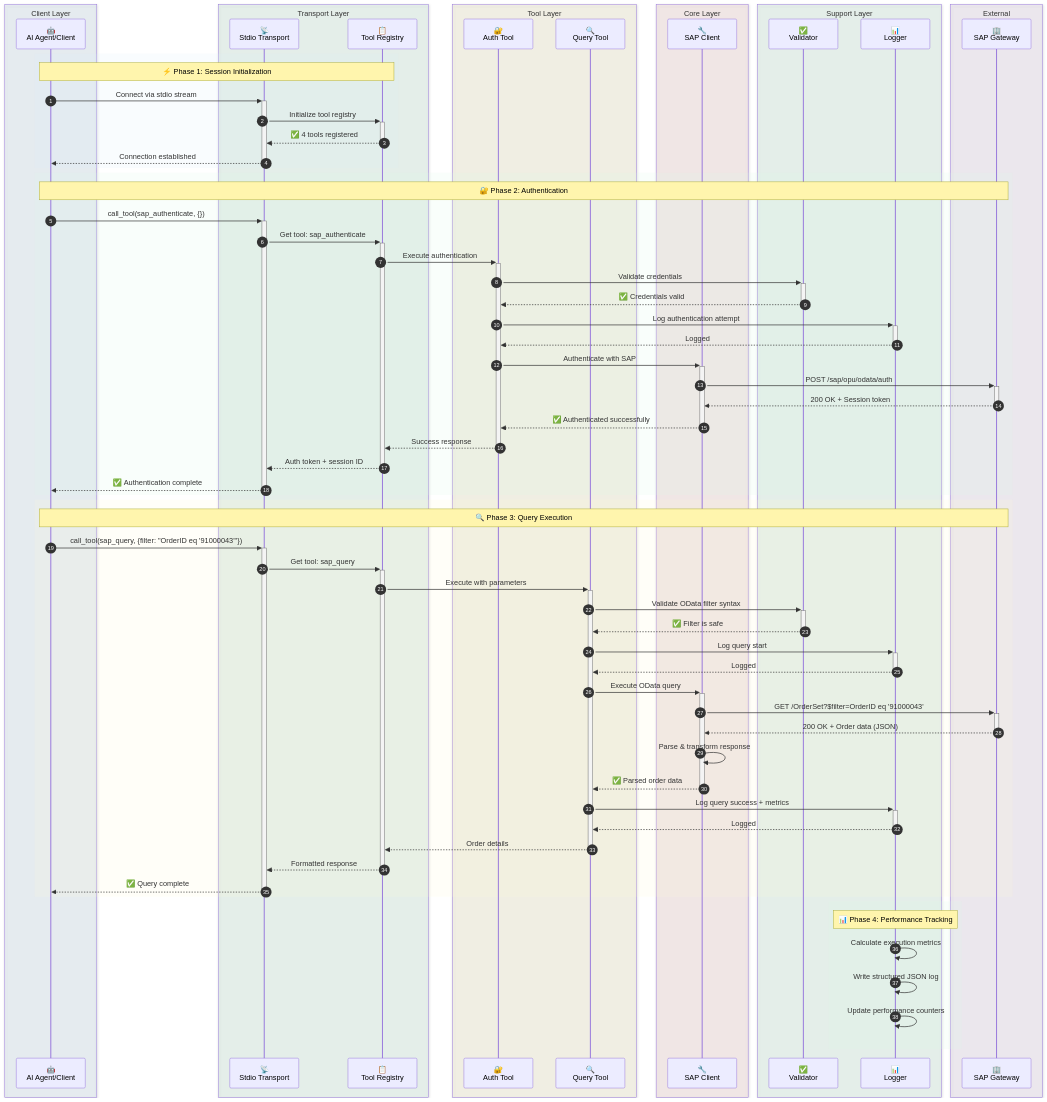
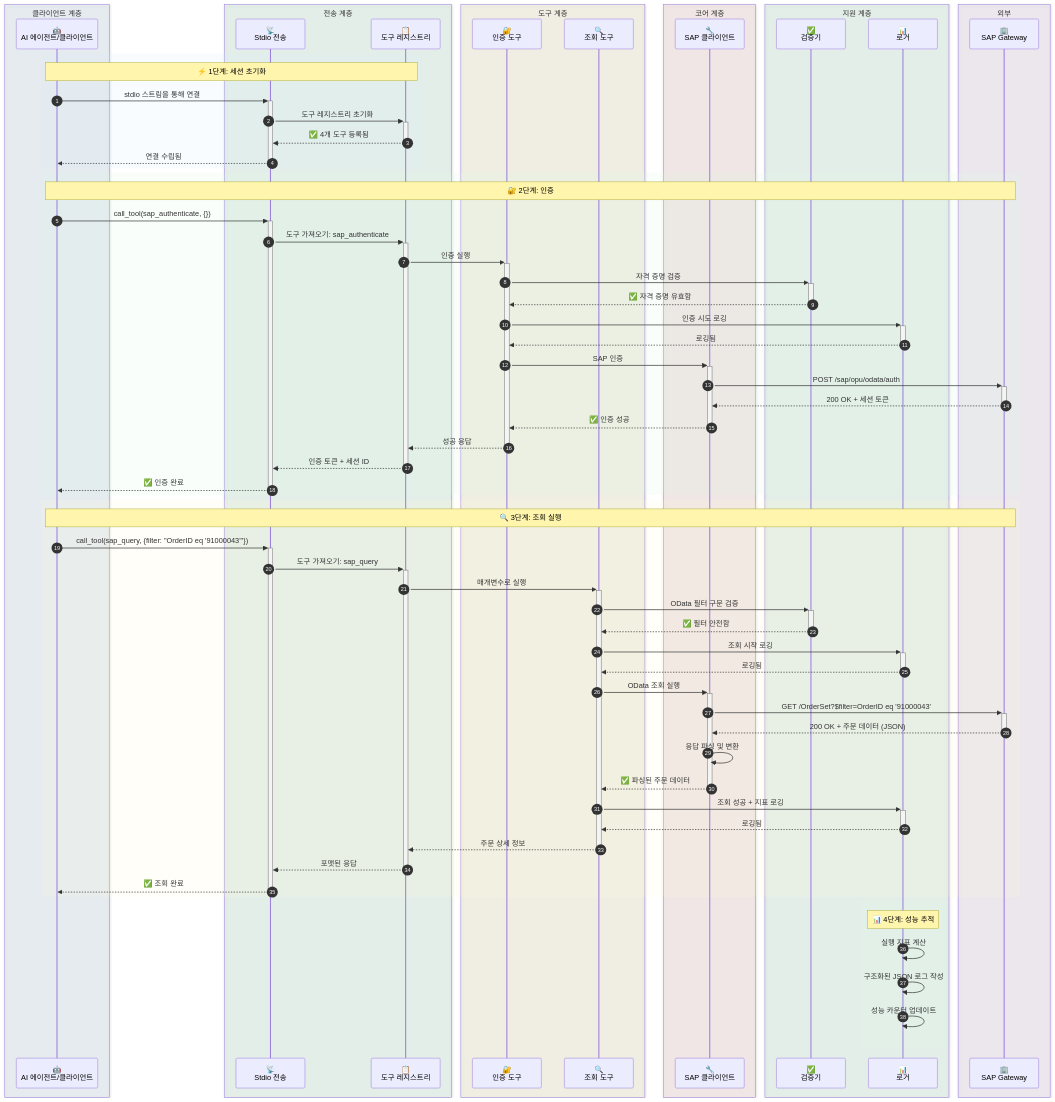
One commit to midasol/sap-mcp-server changed the third of 5 diagrams in README.ko.md. Above: the diagram before and after it, drawn with Mermaid. The commit also changed other lines of this file and 7 other files, not shown here.

````diff
--- a/README.ko.md
+++ b/README.ko.md
@@ -197,79 +276,79 @@
 ```mermaid
 sequenceDiagram
     autonumber
-    box rgba(214, 234, 248, 0.3) Client Layer
-        participant Client as 🤖<br/>AI Agent/Client
+    box rgba(214, 234, 248, 0.3) 클라이언트 계층
+        participant Client as 🤖<br/>AI 에이전트/클라이언트
     end
-    box rgba(213, 245, 227, 0.3) Transport Layer
-        participant Transport as 📡<br/>Stdio Transport
-        participant Registry as 📋<br/>Tool Registry
+    box rgba(213, 245, 227, 0.3) 전송 계층
+        participant Transport as 📡<br/>Stdio 전송
+        participant Registry as 📋<br/>도구 레지스트리
     end
-    box rgba(252, 243, 207, 0.3) Tool Layer
-        participant AuthTool as 🔐<br/>Auth Tool
-        participant QueryTool as 🔍<br/>Query Tool
+    box rgba(252, 243, 207, 0.3) 도구 계층
+        participant AuthTool as 🔐<br/>인증 도구
+        participant QueryTool as 🔍<br/>조회 도구
     end
-    box rgba(250, 219, 216, 0.3) Core Layer
-        participant SAPClient as 🔧<br/>SAP Client
+    box rgba(250, 219, 216, 0.3) 코어 계층
+        participant SAPClient as 🔧<br/>SAP 클라이언트
     end
-    box rgba(213, 245, 227, 0.3) Support Layer
-        participant Validator as ✅<br/>Validator
-        participant Logger as 📊<br/>Logger
+    box rgba(213, 245, 227, 0.3) 지원 계층
+        participant Validator as ✅<br/>검증기
+        participant Logger as 📊<br/>로거
     end
-    box rgba(235, 222, 240, 0.3) External
+    box rgba(235, 222, 240, 0.3) 외부
         participant SAP as 🏢<br/>SAP Gateway
     end
 
     rect rgba(214, 234, 248, 0.15)
-        Note over Client,Registry: ⚡ Phase 1: Session Initialization
-        Client->>+Transport: Connect via stdio stream
-        Transport->>+Registry: Initialize tool registry
-        Registry-->>-Transport: ✅ 4 tools registered
-        Transport-->>-Client: Connection established
+        Note over Client,Registry: ⚡ 1단계: 세션 초기화
+        Client->>+Transport: stdio 스트림을 통해 연결
+        Transport->>+Registry: 도구 레지스트리 초기화
+        Registry-->>-Transport: ✅ 4개 도구 등록됨
+        Transport-->>-Client: 연결 수립됨
     end
 
     rect rgba(213, 245, 227, 0.15)
-        Note over Client,SAP: 🔐 Phase 2: Authentication
+        Note over Client,SAP: 🔐 2단계: 인증
         Client->>+Transport: call_tool(sap_authenticate, {})
-        Transport->>+Registry: Get tool: sap_authenticate
-        Registry->>+AuthTool: Execute authentication
-        AuthTool->>+Validator: Validate credentials
-        Validator-->>-AuthTool: ✅ Credentials valid
-        AuthTool->>+Logger: Log authentication attempt
-        Logger-->>-AuthTool: Logged
-        AuthTool->>+SAPClient: Authenticate with SAP
+        Transport->>+Registry: 도구 가져오기: sap_authenticate
+        Registry->>+AuthTool: 인증 실행
+        AuthTool->>+Validator: 자격 증명 검증
+        Validator-->>-AuthTool: ✅ 자격 증명 유효함
+        AuthTool->>+Logger: 인증 시도 로깅
+        Logger-->>-AuthTool: 로깅됨
+        AuthTool->>+SAPClient: SAP 인증
         SAPClient->>+SAP: POST /sap/opu/odata/auth
-        SAP-->>-SAPClient: 200 OK + Session token
-        SAPClient-->>-AuthTool: ✅ Authenticated successfully
-        AuthTool-->>-Registry: Success response
-        Registry-->>-Transport: Auth token + session ID
-        Transport-->>-Client: ✅ Authentication complete
+        SAP-->>-SAPClient: 200 OK + 세션 토큰
+        SAPClient-->>-AuthTool: ✅ 인증 성공
+        AuthTool-->>-Registry: 성공 응답
+        Registry-->>-Transport: 인증 토큰 + 세션 ID
+        Transport-->>-Client: ✅ 인증 완료
     end
 
     rect rgba(252, 243, 207, 0.15)
-        Note over Client,SAP: 🔍 Phase 3: Query Execution
+        Note over Client,SAP: 🔍 3단계: 조회 실행
         Client->>+Transport: call_tool(sap_query, {filter: "OrderID eq '91000043'"})
-        Transport->>+Registry: Get tool: sap_query
-        Registry->>+QueryTool: Execute with parameters
-        QueryTool->>+Validator: Validate OData filter syntax
-        Validator-->>-QueryTool: ✅ Filter is safe
-        QueryTool->>+Logger: Log query start
-        Logger-->>-QueryTool: Logged
-        QueryTool->>+SAPClient: Execute OData query
+        Transport->>+Registry: 도구 가져오기: sap_query
+        Registry->>+QueryTool: 매개변수로 실행
+        QueryTool->>+Validator: OData 필터 구문 검증
+        Validator-->>-QueryTool: ✅ 필터 안전함
+        QueryTool->>+Logger: 조회 시작 로깅
+        Logger-->>-QueryTool: 로깅됨
+        QueryTool->>+SAPClient: OData 조회 실행
         SAPClient->>+SAP: GET /OrderSet?$filter=OrderID eq '91000043'
-        SAP-->>-SAPClient: 200 OK + Order data (JSON)
-        SAPClient->>SAPClient: Parse & transform response
-        SAPClient-->>-QueryTool: ✅ Parsed order data
-        QueryTool->>+Logger: Log query success + metrics
-        Logger-->>-QueryTool: Logged
-        QueryTool-->>-Registry: Order details
-        Registry-->>-Transport: Formatted response
-        Transport-->>-Client: ✅ Query complete
+        SAP-->>-SAPClient: 200 OK + 주문 데이터 (JSON)
+        SAPClient->>SAPClient: 응답 파싱 및 변환
+        SAPClient-->>-QueryTool: ✅ 파싱된 주문 데이터
+        QueryTool->>+Logger: 조회 성공 + 지표 로깅
+        Logger-->>-QueryTool: 로깅됨
+        QueryTool-->>-Registry: 주문 상세 정보
+        Registry-->>-Transport: 포맷된 응답
+        Transport-->>-Client: ✅ 조회 완료
     end
 
     rect rgba(213, 245, 227, 0.15)
-        Note over Logger: 📊 Phase 4: Performance Tracking
-        Logger->>Logger: Calculate execution metrics
-        Logger->>Logger: Write structured JSON log
-        Logger->>Logger: Update performance counters
+        Note over Logger: 📊 4단계: 성능 추적
+        Logger->>Logger: 실행 지표 계산
+        Logger->>Logger: 구조화된 JSON 로그 작성
+        Logger->>Logger: 성능 카운터 업데이트
     end
 ```
````
